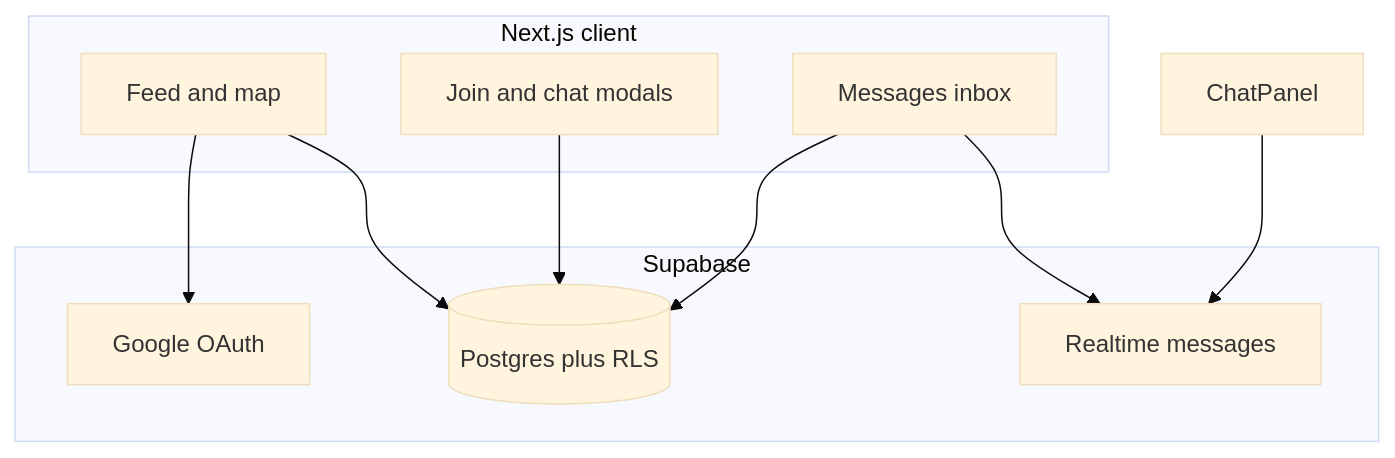
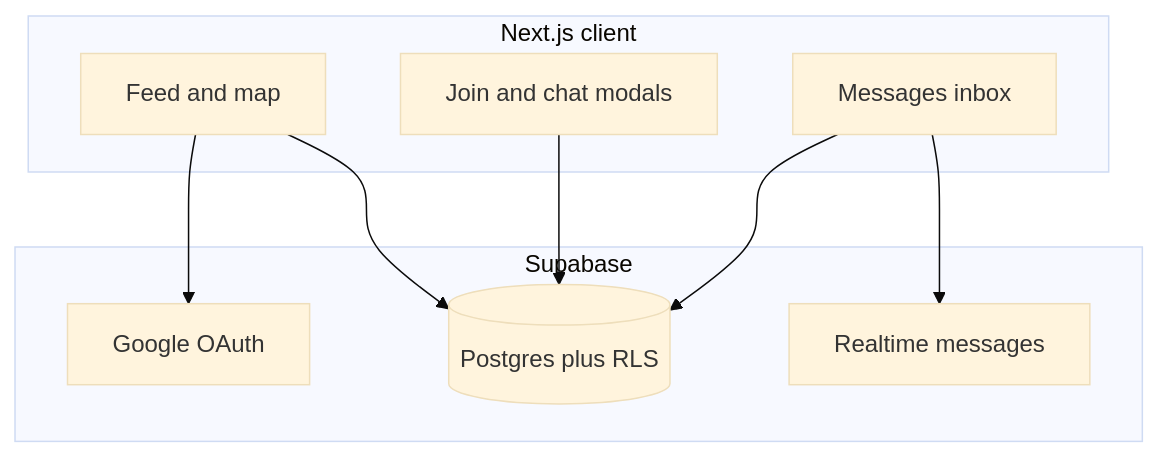
Before and after one commit to stutisk/outzy: the diagram in README.md, drawn with Mermaid (base theme). The commit also changed other lines of this file and 3 other files, not shown here.

````diff
--- a/README.md
+++ b/README.md
@@ -37,19 +48,18 @@
 ```mermaid
 flowchart TB
   subgraph client [Next.js client]
     Feed[Feed and map]
     Modals[Join and chat modals]
     Messages[Messages inbox]
   end
   subgraph supabase [Supabase]
     Auth[Google OAuth]
     DB[(Postgres plus RLS)]
     RT[Realtime messages]
   end
   Feed --> Auth
   Feed --> DB
   Modals --> DB
   Messages --> DB
   Messages --> RT
-  ChatPanel[ChatPanel] --> RT
 ```
````
